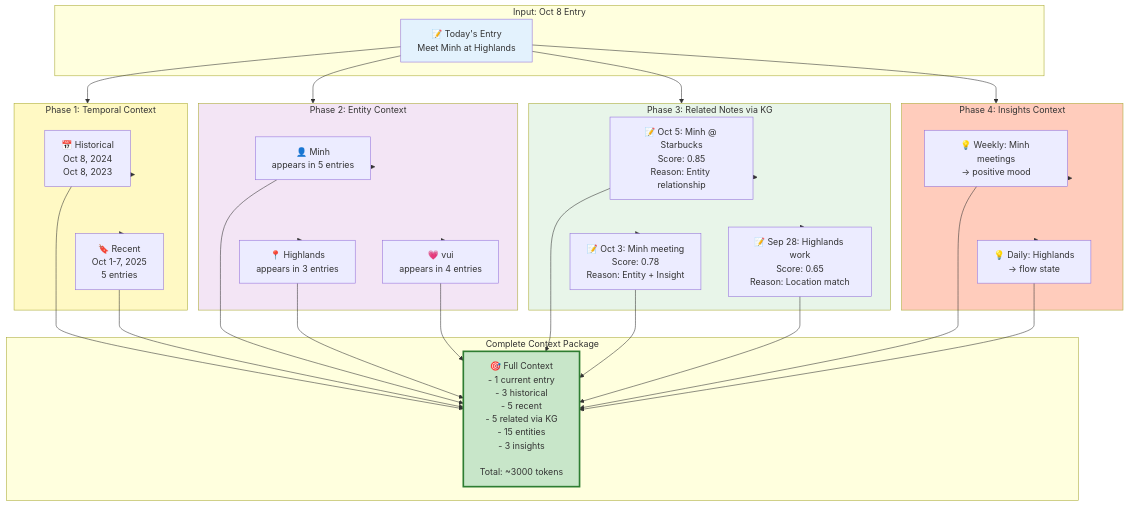
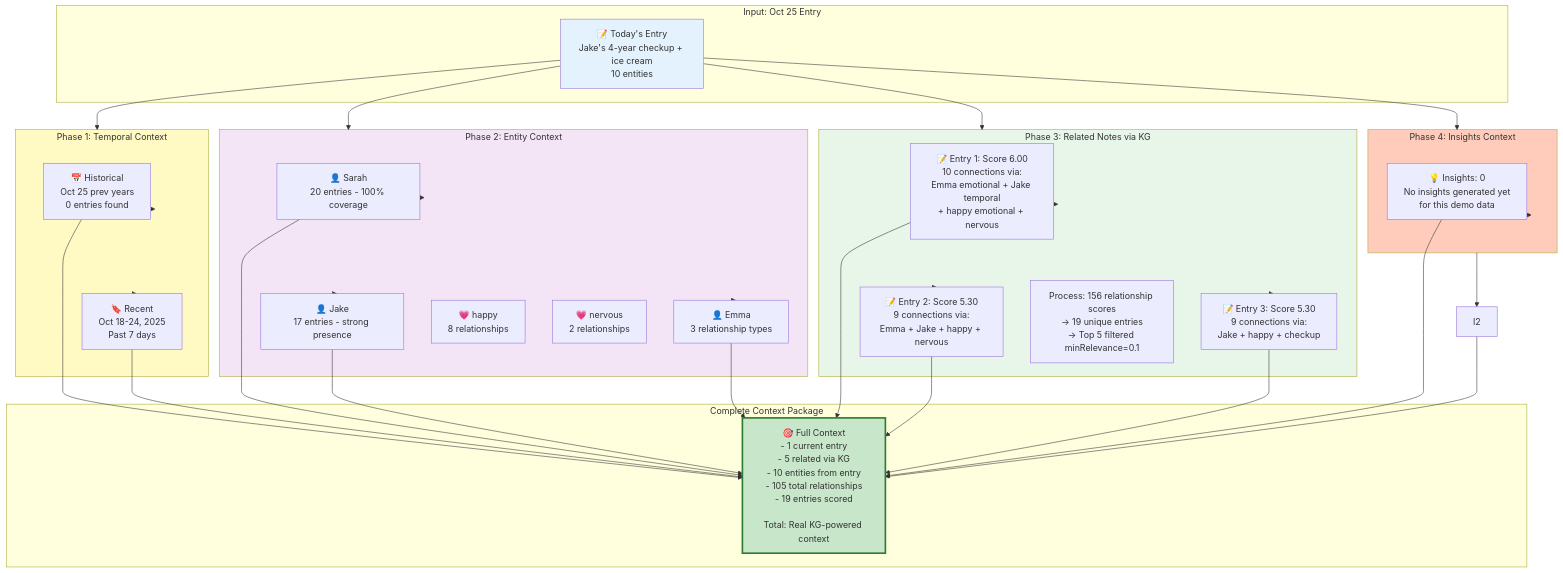
The eighth of 14 diagrams in docs/99_lesson/PRESENTATION_SLIDES.md (phuc-nt/kioku-ios), drawn with Mermaid before and after one commit. The commit also changed other lines of this file, not shown here.

First line of the commit message:
docs: update presentation slides with real demo data and extraction results

````diff
--- a/docs/99_lesson/PRESENTATION_SLIDES.md
+++ b/docs/99_lesson/PRESENTATION_SLIDES.md
@@ -339,66 +358,68 @@
 ```mermaid
 graph TB
-    subgraph Input["Input: Oct 8 Entry"]
-        E[📝 Today's Entry<br/>Meet Minh at Highlands]
+    subgraph Input["Input: Oct 25 Entry"]
+        E[📝 Today's Entry<br/>Jake's 4-year checkup + ice cream<br/>10 entities]
     end
 
     subgraph Phase1["Phase 1: Temporal Context"]
-        T1[📅 Historical<br/>Oct 8, 2024<br/>Oct 8, 2023]
-        T2[🔖 Recent<br/>Oct 1-7, 2025<br/>5 entries]
+        T1[📅 Historical<br/>Oct 25 prev years<br/>0 entries found]
+        T2[🔖 Recent<br/>Oct 18-24, 2025<br/>Past 7 days]
     end
 
     subgraph Phase2["Phase 2: Entity Context"]
-        Ent1[👤 Minh<br/>appears in 5 entries]
-        Ent2[📍 Highlands<br/>appears in 3 entries]
-        Ent3[💗 vui<br/>appears in 4 entries]
+        Ent1[👤 Sarah<br/>20 entries - 100% coverage]
+        Ent2[👤 Jake<br/>17 entries - strong presence]
+        Ent3[👤 Emma<br/>3 relationship types]
+        Ent4[💗 happy<br/>8 relationships]
+        Ent5[💗 nervous<br/>2 relationships]
     end
 
     subgraph Phase3["Phase 3: Related Notes via KG"]
-        R1[📝 Oct 5: Minh @ Starbucks<br/>Score: 0.85<br/>Reason: Entity relationship]
-        R2[📝 Oct 3: Minh meeting<br/>Score: 0.78<br/>Reason: Entity + Insight]
-        R3[📝 Sep 28: Highlands work<br/>Score: 0.65<br/>Reason: Location match]
+        R1[📝 Entry 1: Score 6.00<br/>10 connections via:<br/>Emma emotional + Jake temporal<br/>+ happy emotional + nervous]
+        R2[📝 Entry 2: Score 5.30<br/>9 connections via:<br/>Emma + Jake + happy + nervous]
+        R3[📝 Entry 3: Score 5.30<br/>9 connections via:<br/>Jake + happy + checkup]
+        Note1[Process: 156 relationship scores<br/>→ 19 unique entries<br/>→ Top 5 filtered minRelevance=0.1]
     end
 
     subgraph Phase4["Phase 4: Insights Context"]
-        I1[💡 Weekly: Minh meetings<br/>→ positive mood]
-        I2[💡 Daily: Highlands<br/>→ flow state]
+        I1[💡 Insights: 0<br/>No insights generated yet<br/>for this demo data]
     end
 
     subgraph Output["Complete Context Package"]
-        Context[🎯 Full Context<br/>- 1 current entry<br/>- 3 historical<br/>- 5 recent<br/>- 5 related via KG<br/>- 15 entities<br/>- 3 insights<br/><br/>Total: ~3000 tokens]
+        Context[🎯 Full Context<br/>- 1 current entry<br/>- 5 related via KG<br/>- 10 entities from entry<br/>- 105 total relationships<br/>- 19 entries scored<br/><br/>Total: Real KG-powered context]
     end
 
     E --> Phase1
     E --> Phase2
     E --> Phase3
     E --> Phase4
 
     Phase1 --> T1
     Phase1 --> T2
     Phase2 --> Ent1
     Phase2 --> Ent2
     Phase2 --> Ent3
     Phase3 --> R1
     Phase3 --> R2
     Phase3 --> R3
     Phase4 --> I1
     Phase4 --> I2
 
     T1 --> Context
     T2 --> Context
     Ent1 --> Context
     Ent2 --> Context
     Ent3 --> Context
     R1 --> Context
     R2 --> Context
     R3 --> Context
     I1 --> Context
     I2 --> Context
 
     style E fill:#e3f2fd
     style Phase1 fill:#fff9c4
     style Phase2 fill:#f3e5f5
     style Phase3 fill:#e8f5e9
     style Phase4 fill:#ffccbc
     style Context fill:#c8e6c9,stroke:#2e7d32,stroke-width:3px
 ```
````
